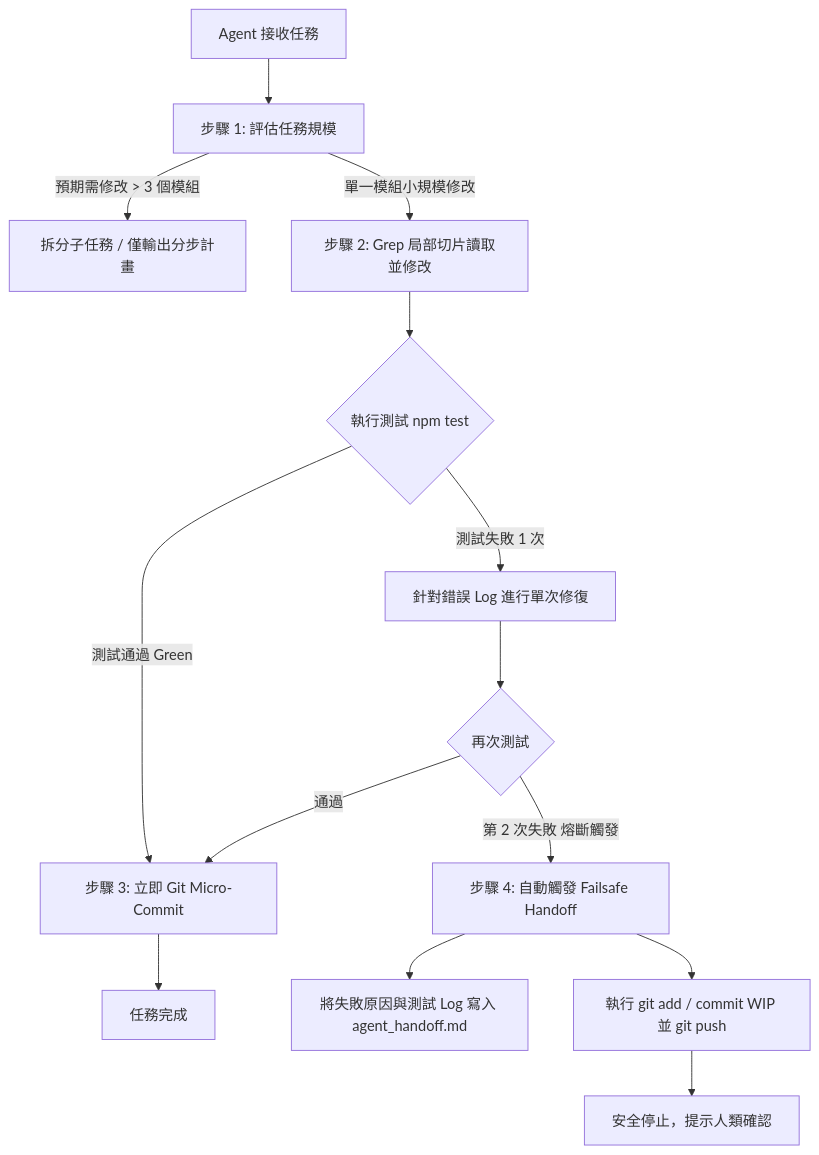
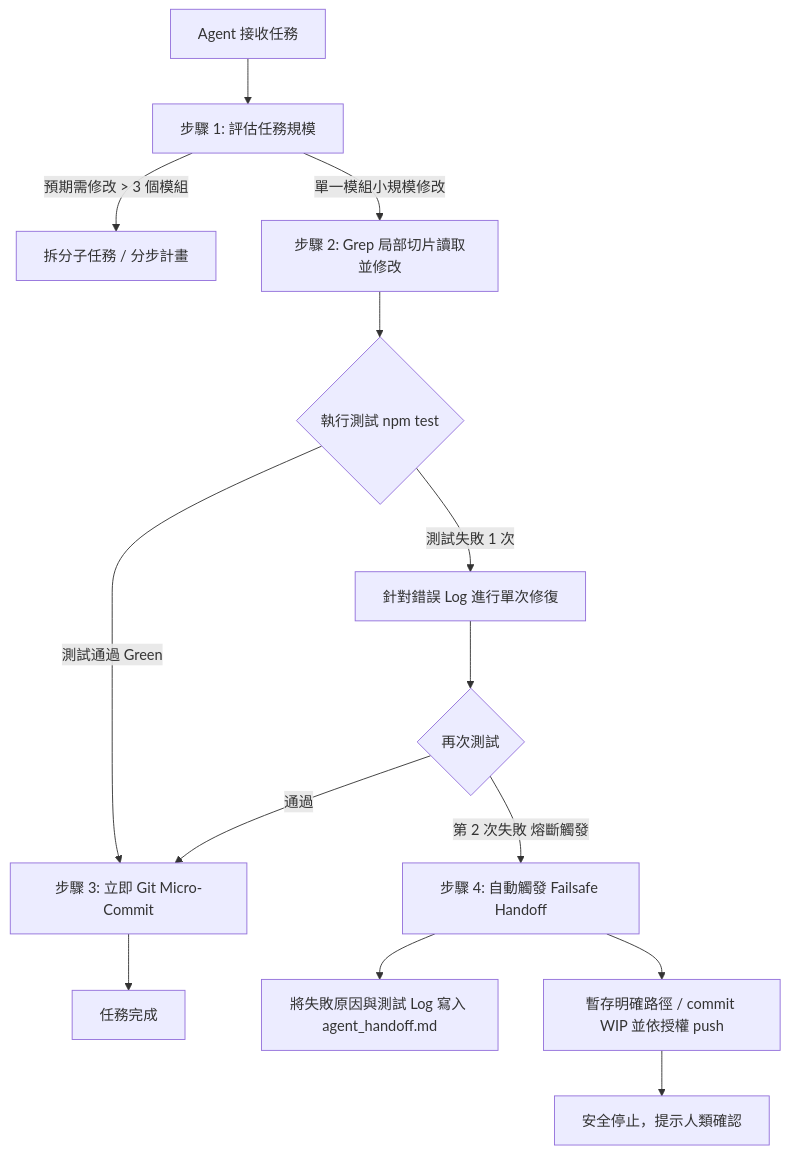
Before and after one commit to lhm0323-git/channel_activity_customer: the second of 2 diagrams in docs/TOKEN_SAVING_AND_HANDOFF_STRATEGY.md, drawn with Mermaid. The commit also changed other lines of this file and 4 other files, not shown here.

````diff
--- a/docs/TOKEN_SAVING_AND_HANDOFF_STRATEGY.md
+++ b/docs/TOKEN_SAVING_AND_HANDOFF_STRATEGY.md
@@ -44,16 +44,16 @@
 ```mermaid
 flowchart TD
     Start[Agent 接收任務] --> T1[步驟 1: 評估任務規模]
-    T1 -->|預期需修改 > 3 個模組| PlanOnly[拆分子任務 / 僅輸出分步計畫]
+    T1 -->|預期需修改 > 3 個模組| PlanOnly[拆分子任務 / 分步計畫]
     T1 -->|單一模組小規模修改| Exec[步驟 2: Grep 局部切片讀取並修改]
     Exec --> Test{執行測試 npm test}
     Test -->|測試通過 Green| Commit[步驟 3: 立即 Git Micro-Commit]
     Commit --> Done[任務完成]
     Test -->|測試失敗 1 次| Retry[針對錯誤 Log 進行單次修復]
     Retry --> Test2{再次測試}
     Test2 -->|通過| Commit
     Test2 -->|第 2 次失敗 熔斷觸發| Failsafe[步驟 4: 自動觸發 Failsafe Handoff]
     Failsafe --> H1[將失敗原因與測試 Log 寫入 agent_handoff.md]
-    Failsafe --> H2[執行 git add / commit WIP 並 git push]
+    Failsafe --> H2[暫存明確路徑 / commit WIP 並依授權 push]
     H2 --> Alert[安全停止，提示人類確認]
 ```
````
